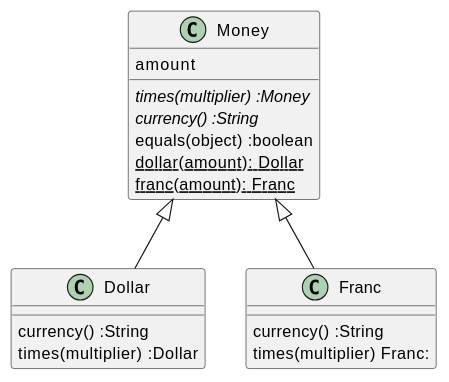
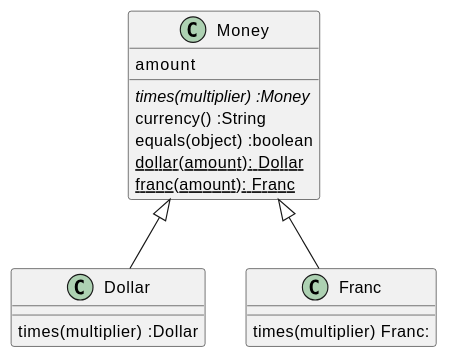
The diagram in docs/src/spec/the_money_example.adoc (hiroshima-arc/pragmatic_programing), drawn with PlantUML before and after one commit. The commit also changed other lines of this file and 3 other files, not shown here.

```diff
--- a/docs/src/spec/the_money_example.adoc
+++ b/docs/src/spec/the_money_example.adoc
@@ -63,23 +63,21 @@
 [plantuml]
 ----
 class Money {
   amount
   {abstract} times(multiplier) :Money
-  {abstract} currency() :String
+  currency() :String
   equals(object) :boolean
   {static} dollar(amount): Dollar
   {static} franc(amount): Franc
 }
 class Dollar {
-  currency() :String
   times(multiplier) :Dollar
 }
 
 class Franc {
-  currency() :String
   times(multiplier) Franc:
 }
 
 Money <|-- Dollar
 Money <|-- Franc
 ----
```
